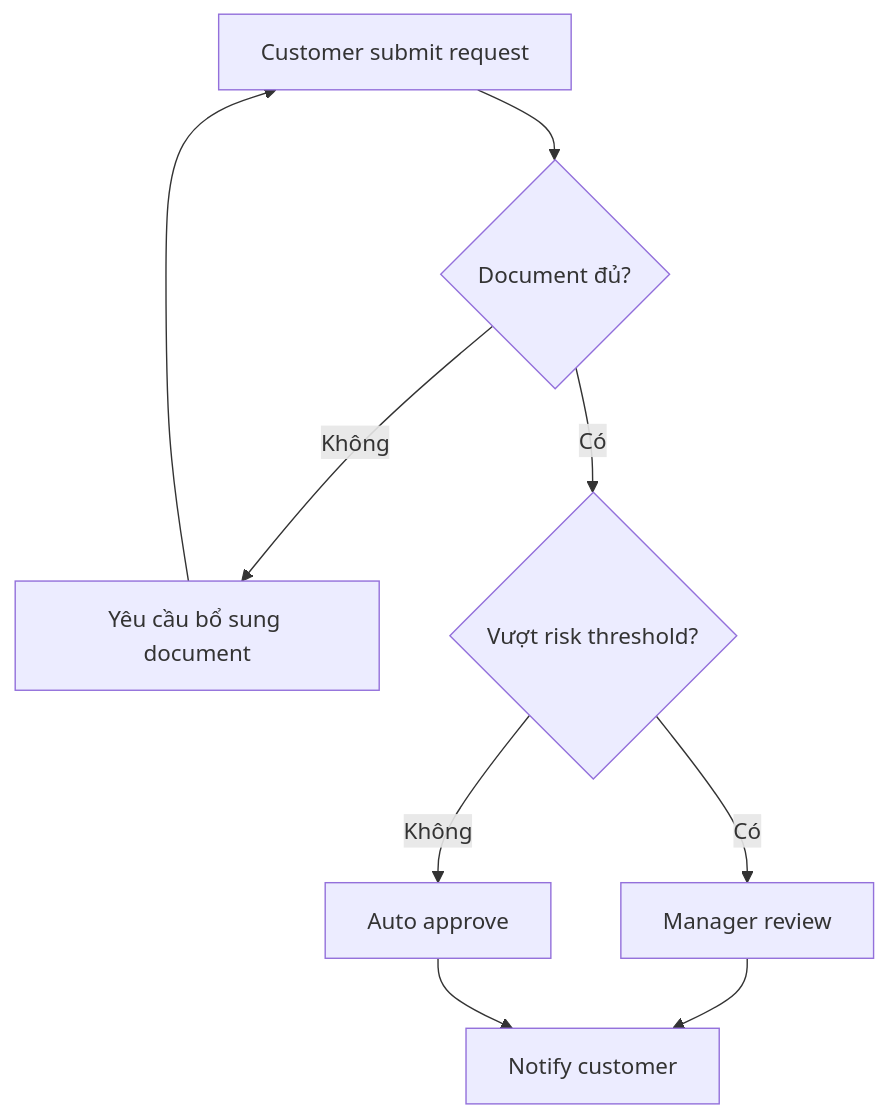
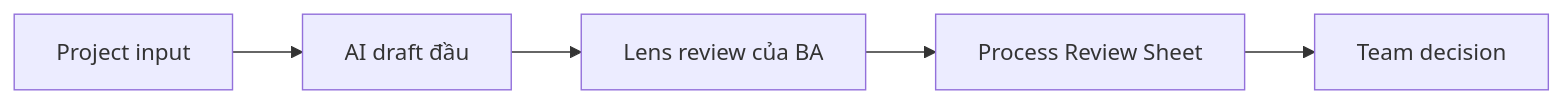
The first of 2 diagrams in docs/vi/lessons/process-modeling-with-ai/index.md (anhtnt90dev/ai-for-ba), drawn with Mermaid before and after one commit. The commit also changed other lines of this file and 40 other files, not shown here.

````diff
--- a/docs/vi/lessons/process-modeling-with-ai/index.md
+++ b/docs/vi/lessons/process-modeling-with-ai/index.md
@@ -68,11 +84,12 @@
 ```mermaid
-flowchart TD
-    A["Customer submit request"] --> B{"Document đủ?"}
-    B -->|Không| C["Yêu cầu bổ sung document"]
-    C --> A
-    B -->|Có| D{"Vượt risk threshold?"}
-    D -->|Có| E["Manager review"]
-    D -->|Không| F["Auto approve"]
-    E --> G["Notify customer"]
-    F --> G
+flowchart LR
+    A["Project input"]
+    B["AI draft đầu"]
+    A --> B
+    C["Lens review của BA"]
+    B --> C
+    D["Process Review Sheet"]
+    C --> D
+    E["Team decision"]
+    D --> E
 ```
````
